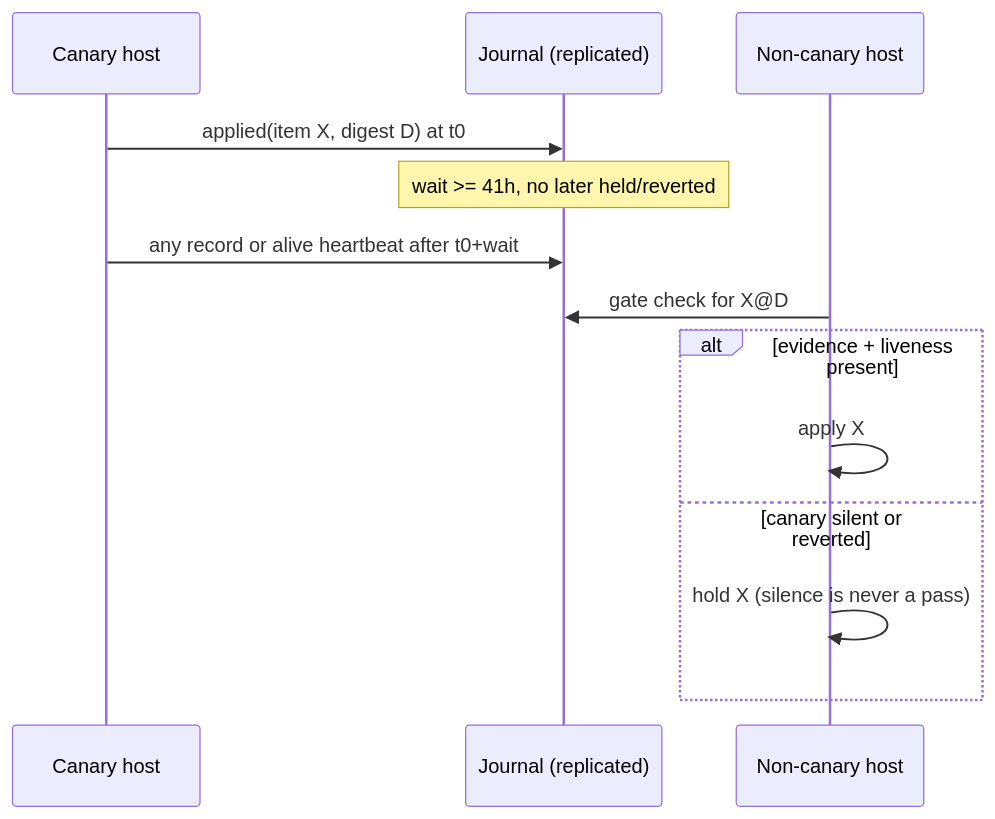
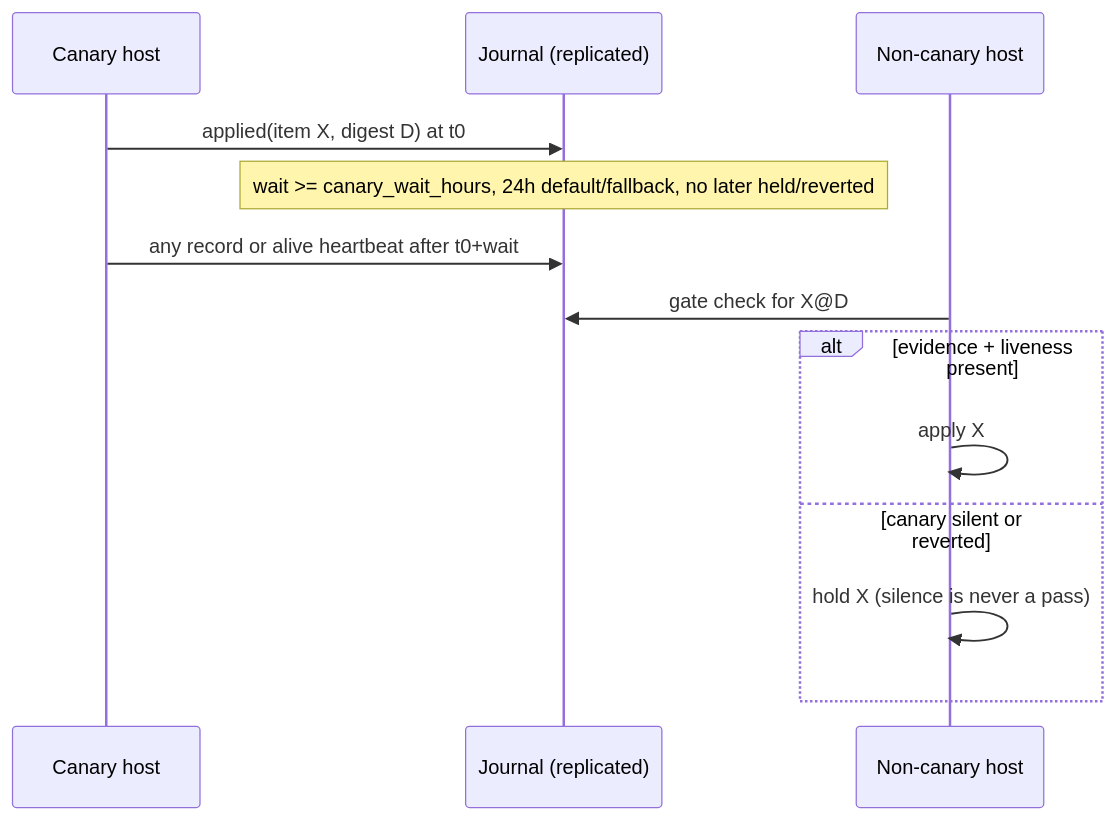
Before and after one commit to novotnyllc/railyard: the diagram in site/src/diagrams/m8-canary-evidence.mmd, drawn with Mermaid. The commit also changed 103 other files, not shown here.

```diff
--- a/site/src/diagrams/m8-canary-evidence.mmd
+++ b/site/src/diagrams/m8-canary-evidence.mmd
@@ -1,13 +1,13 @@
 sequenceDiagram
     participant Can as Canary host
     participant J as Journal (replicated)
     participant H as Non-canary host
     Can->>J: applied(item X, digest D) at t0
-    Note over J: wait >= 41h, no later held/reverted
+    Note over J: wait >= canary_wait_hours, 24h default/fallback, no later held/reverted
     Can->>J: any record or alive heartbeat after t0+wait
     H->>J: gate check for X@D
     alt evidence + liveness present
         H->>H: apply X
     else canary silent or reverted
         H->>H: hold X (silence is never a pass)
     end
```
